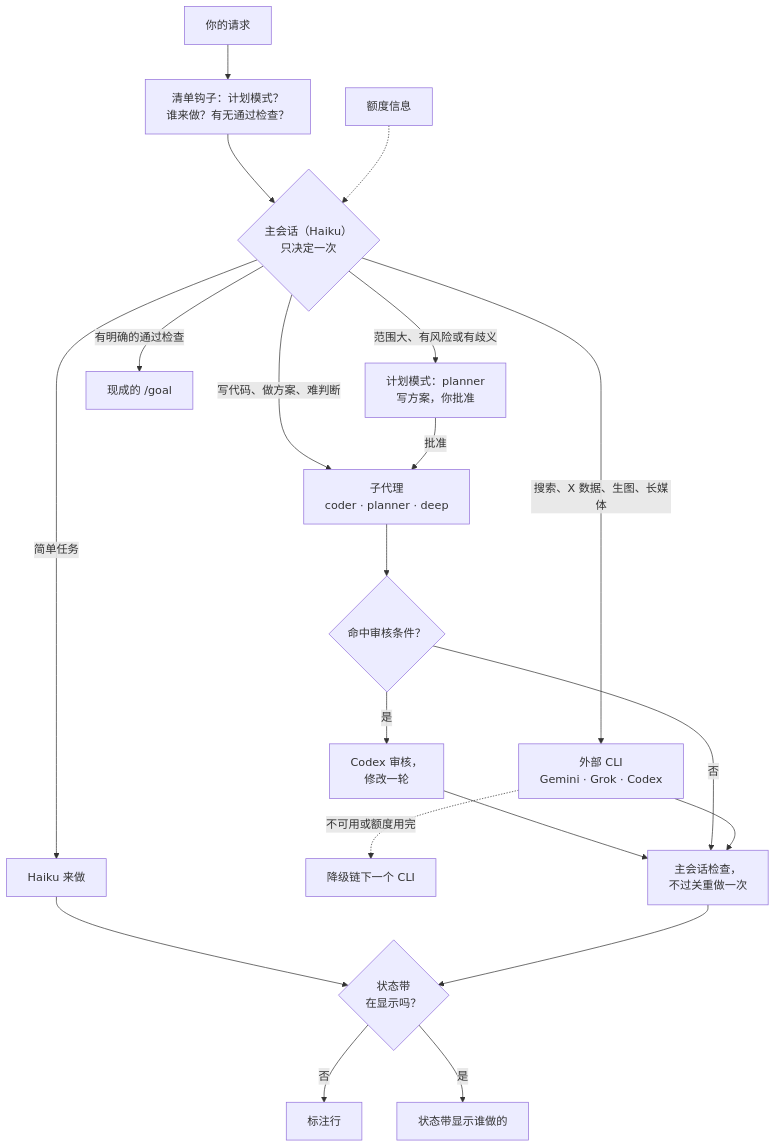
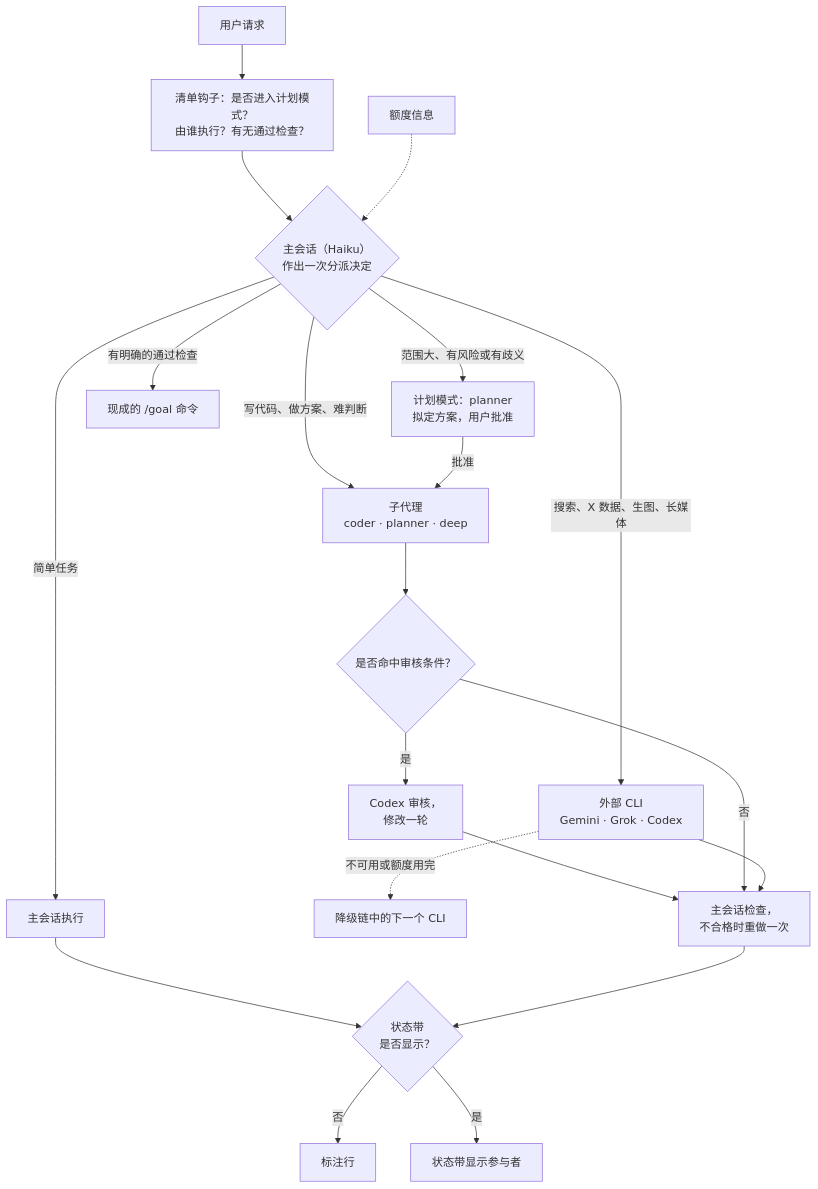
The diagram in README.zh-CN.md (Brulek/claude-router), drawn with Mermaid before and after one commit. The commit also changed other lines of this file and 1 other file, not shown here.

````diff
--- a/README.zh-CN.md
+++ b/README.zh-CN.md
@@ -17,37 +19,37 @@
 ```mermaid
 flowchart TD
-    IN["你的请求"]
-    HOOK["清单钩子：计划模式？<br/>谁来做？有无通过检查？"]
+    IN["用户请求"]
+    HOOK["清单钩子：是否进入计划模式？<br/>由谁执行？有无通过检查？"]
     QUOTA["额度信息"]
-    TRIAGE{"主会话（Haiku）<br/>只决定一次"}
-    PLAN["计划模式：planner<br/>写方案，你批准"]
-    GOAL["现成的 /goal"]
-    SELF["Haiku 来做"]
+    TRIAGE{"主会话（Haiku）<br/>作出一次分派决定"}
+    PLAN["计划模式：planner<br/>拟定方案，用户批准"]
+    GOAL["现成的 /goal 命令"]
+    SELF["主会话执行"]
     SUB["子代理<br/>coder · planner · deep"]
     CLI["外部 CLI<br/>Gemini · Grok · Codex"]
-    NEXT["降级链下一个 CLI"]
-    REV{"命中审核条件？"}
+    NEXT["降级链中的下一个 CLI"]
+    REV{"是否命中审核条件？"}
     CODEX["Codex 审核，<br/>修改一轮"]
-    CHECK["主会话检查，<br/>不过关重做一次"]
-    BAND{"状态带<br/>在显示吗？"}
+    CHECK["主会话检查，<br/>不合格时重做一次"]
+    BAND{"状态带<br/>是否显示？"}
     LABEL["标注行"]
-    SHOWN["状态带显示谁做的"]
+    SHOWN["状态带显示参与者"]
 
     IN --> HOOK --> TRIAGE
     QUOTA -.-> TRIAGE
     TRIAGE -->|"范围大、有风险或有歧义"| PLAN
     TRIAGE -->|"有明确的通过检查"| GOAL
     TRIAGE -->|"简单任务"| SELF
     TRIAGE -->|"写代码、做方案、难判断"| SUB
     TRIAGE -->|"搜索、X 数据、生图、长媒体"| CLI
     PLAN -->|"批准"| SUB
     CLI -.->|"不可用或额度用完"| NEXT
     SUB --> REV
     REV -->|"是"| CODEX --> CHECK
     REV -->|"否"| CHECK
     CLI --> CHECK
     SELF --> BAND
     CHECK --> BAND
     BAND -->|"否"| LABEL
     BAND -->|"是"| SHOWN
 ```
````
